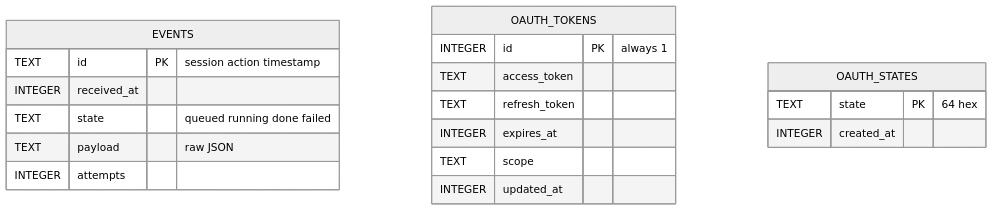
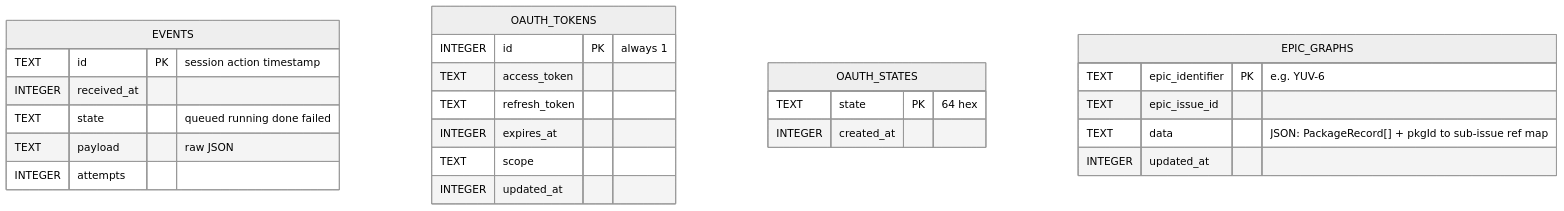
Diagram 11 of 11 in docs/DESIGN.md (YuvarajAravindan-AI-Agent/linear-agent-control-plane), drawn with Mermaid (neutral theme) before and after one commit. The commit also changed other lines of this file and 12 other files, not shown here.

````diff
--- a/docs/DESIGN.md
+++ b/docs/DESIGN.md
@@ -410,22 +420,28 @@
 ```mermaid
 erDiagram
     EVENTS {
         TEXT id PK "session action timestamp"
         INTEGER received_at
         TEXT state "queued running done failed"
         TEXT payload "raw JSON"
         INTEGER attempts
     }
     OAUTH_TOKENS {
         INTEGER id PK "always 1"
         TEXT access_token
         TEXT refresh_token
         INTEGER expires_at
         TEXT scope
         INTEGER updated_at
     }
     OAUTH_STATES {
         TEXT state PK "64 hex"
         INTEGER created_at
     }
+    EPIC_GRAPHS {
+        TEXT epic_identifier PK "e.g. YUV-6"
+        TEXT epic_issue_id
+        TEXT data "JSON: PackageRecord[] + pkgId to sub-issue ref map"
+        INTEGER updated_at
+    }
 ```
````
